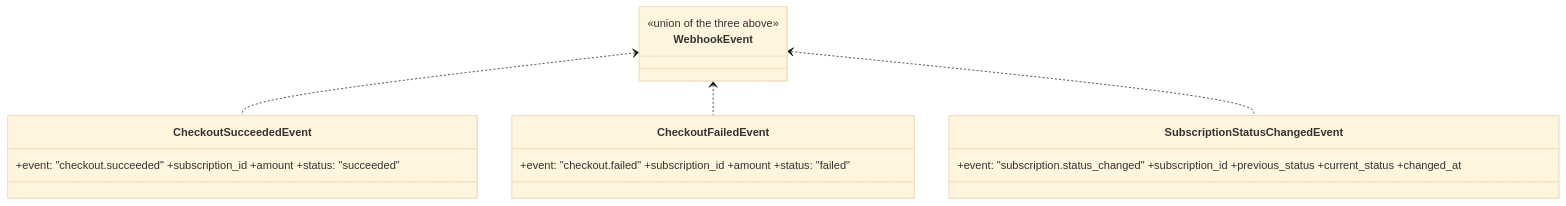
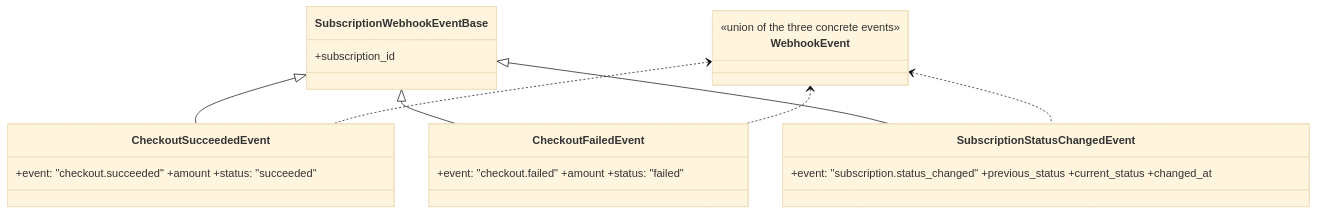
Before and after one commit to suqo-ai/suqo-sdk-ts: the first of 2 diagrams in docs/design/ticket-5-webhooks.md, drawn with Mermaid (base theme). The commit also changed other lines of this file, not shown here.

Commit message:
feat(webhooks): refactor event payload types to inherit from SubscriptionWebhookEventBase for better structure

````diff
--- a/docs/design/ticket-5-webhooks.md
+++ b/docs/design/ticket-5-webhooks.md
@@ -48,10 +48,14 @@
 ```mermaid
 classDiagram
-  class CheckoutSucceededEvent { +event: "checkout.succeeded" +subscription_id +amount +status: "succeeded" }
-  class CheckoutFailedEvent { +event: "checkout.failed" +subscription_id +amount +status: "failed" }
-  class SubscriptionStatusChangedEvent { +event: "subscription.status_changed" +subscription_id +previous_status +current_status +changed_at }
-  class WebhookEvent { <<union of the three above>> }
+  class SubscriptionWebhookEventBase { +subscription_id }
+  class CheckoutSucceededEvent { +event: "checkout.succeeded" +amount +status: "succeeded" }
+  class CheckoutFailedEvent { +event: "checkout.failed" +amount +status: "failed" }
+  class SubscriptionStatusChangedEvent { +event: "subscription.status_changed" +previous_status +current_status +changed_at }
+  class WebhookEvent { <<union of the three concrete events>> }
+  SubscriptionWebhookEventBase <|-- CheckoutSucceededEvent
+  SubscriptionWebhookEventBase <|-- CheckoutFailedEvent
+  SubscriptionWebhookEventBase <|-- SubscriptionStatusChangedEvent
   WebhookEvent <.. CheckoutSucceededEvent
   WebhookEvent <.. CheckoutFailedEvent
   WebhookEvent <.. SubscriptionStatusChangedEvent
 ```
````
